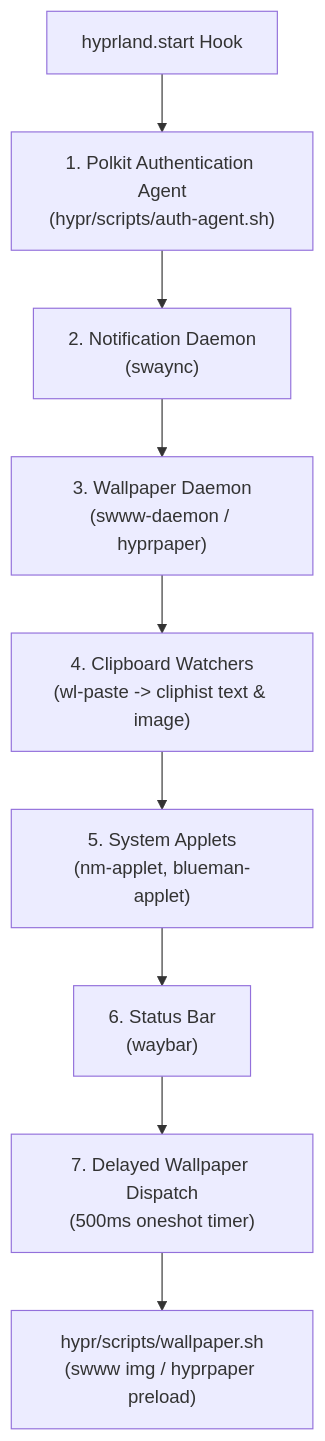
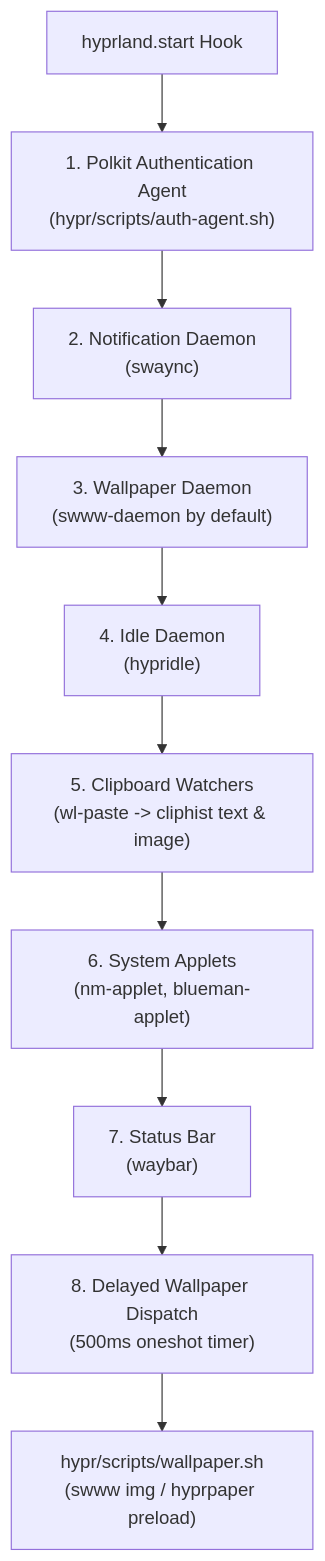
The diagram in docs/autostart-and-wallpapers.md (dev-paulrajdeep/Obsyx), drawn with Mermaid before and after one commit. The commit also changed other lines of this file and 10 other files, not shown here.

````diff
--- a/docs/autostart-and-wallpapers.md
+++ b/docs/autostart-and-wallpapers.md
@@ -9,11 +9,12 @@
 ```mermaid
 flowchart TD
     Start["hyprland.start Hook"] --> Auth["1. Polkit Authentication Agent<br/>(hypr/scripts/auth-agent.sh)"]
     Auth --> Notif["2. Notification Daemon<br/>(swaync)"]
-    Notif --> WallDaemon["3. Wallpaper Daemon<br/>(swww-daemon / hyprpaper)"]
-    WallDaemon --> Clip["4. Clipboard Watchers<br/>(wl-paste -> cliphist text & image)"]
-    Clip --> Applets["5. System Applets<br/>(nm-applet, blueman-applet)"]
-    Applets --> Bar["6. Status Bar<br/>(waybar)"]
-    Bar --> Timer["7. Delayed Wallpaper Dispatch<br/>(500ms oneshot timer)"]
+    Notif --> WallDaemon["3. Wallpaper Daemon<br/>(swww-daemon by default)"]
+    WallDaemon --> Idle["4. Idle Daemon<br/>(hypridle)"]
+    Idle --> Clip["5. Clipboard Watchers<br/>(wl-paste -> cliphist text & image)"]
+    Clip --> Applets["6. System Applets<br/>(nm-applet, blueman-applet)"]
+    Applets --> Bar["7. Status Bar<br/>(waybar)"]
+    Bar --> Timer["8. Delayed Wallpaper Dispatch<br/>(500ms oneshot timer)"]
     Timer --> ApplyWall["hypr/scripts/wallpaper.sh<br/>(swww img / hyprpaper preload)"]
 ```
````
